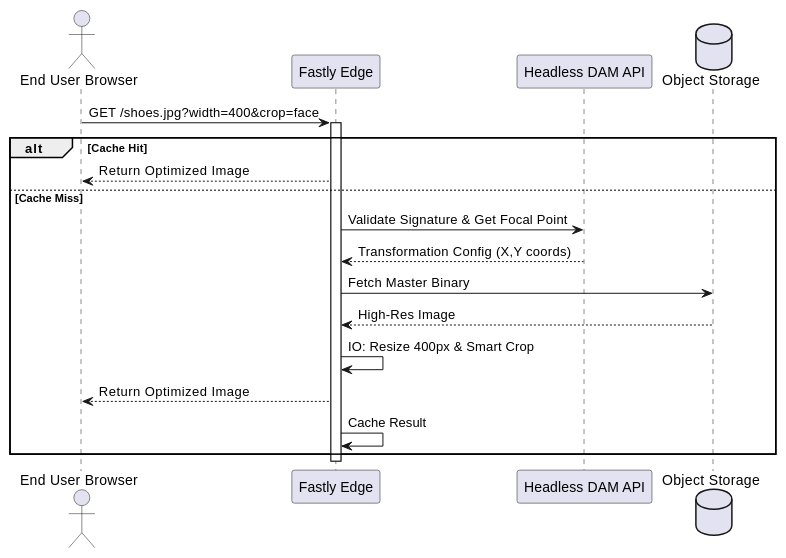
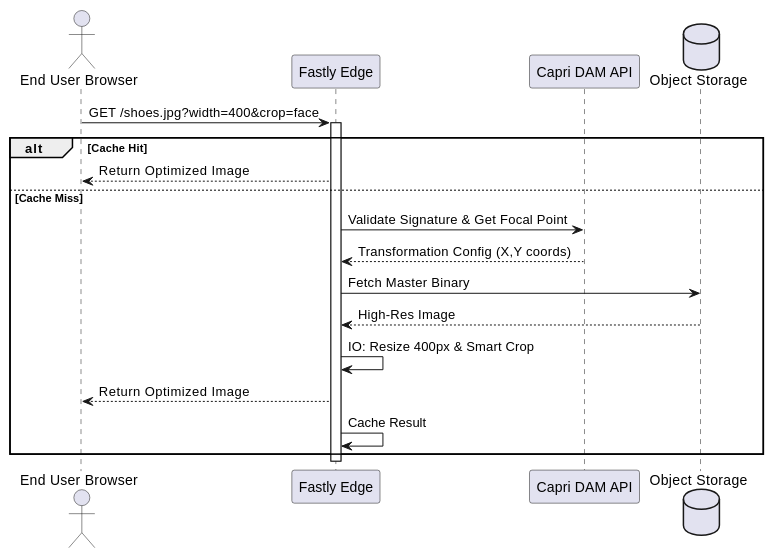
One commit to Capri-Labs/capri-dam changed the second of 2 diagrams in docs/architecture/src/06_runtime_view.adoc. Above: the diagram before and after it, drawn with PlantUML. The commit also changed 51 other files, not shown here.

Commit message:
Swagger specs and GraphQL docs has been added

```diff
--- a/docs/architecture/src/06_runtime_view.adoc
+++ b/docs/architecture/src/06_runtime_view.adoc
@@ -42,27 +42,27 @@
 [plantuml, target="runtime-delivery", format="svg"]
 ....
 @startuml
 actor "End User Browser" as Browser
 participant "Fastly Edge" as Fastly
-participant "Headless DAM API" as API
+participant "Capri DAM API" as API
 database "Object Storage" as S3
 
 Browser -> Fastly : GET /shoes.jpg?width=400&crop=face
 activate Fastly
 
 alt Cache Hit
     Fastly --> Browser : Return Optimized Image
 else Cache Miss
     Fastly -> API : Validate Signature & Get Focal Point
     API --> Fastly : Transformation Config (X,Y coords)
 
     Fastly -> S3 : Fetch Master Binary
     S3 --> Fastly : High-Res Image
 
     Fastly -> Fastly : IO: Resize 400px & Smart Crop
     Fastly --> Browser : Return Optimized Image
     Fastly -> Fastly : Cache Result
 end
 deactivate Fastly
 @enduml
 ....
```
